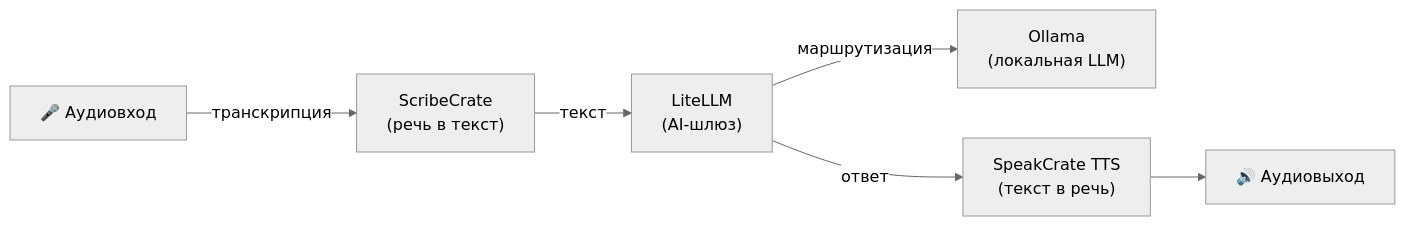
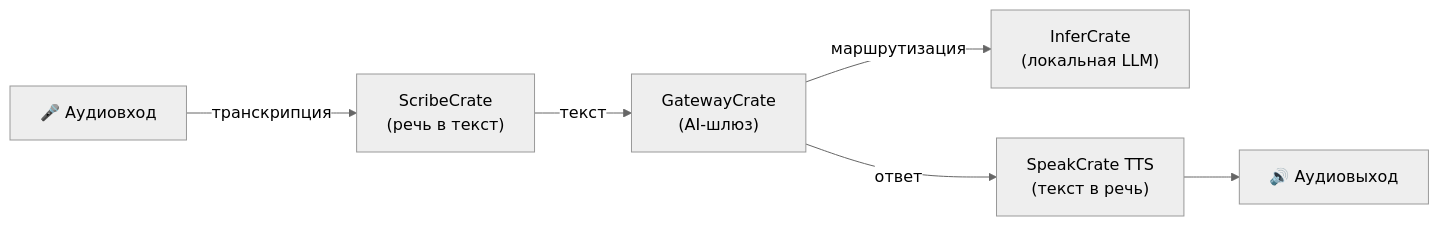
Before and after one commit to hwdsl2/self-hosted-ai-stack: the diagram in stacks/voice-pipeline/README-ru.md, drawn with Mermaid (neutral theme). The commit also changed other lines of this file and 47 other files, not shown here.

````diff
--- a/stacks/voice-pipeline/README-ru.md
+++ b/stacks/voice-pipeline/README-ru.md
@@ -17,8 +17,8 @@
 ```mermaid
 graph LR
     A["🎤 Аудиовход"] -->|транскрипция| W["ScribeCrate<br/>(речь в текст)"]
-    W -->|текст| L["LiteLLM<br/>(AI-шлюз)"]
-    L -->|маршрутизация| O["Ollama<br/>(локальная LLM)"]
+    W -->|текст| L["GatewayCrate<br/>(AI-шлюз)"]
+    L -->|маршрутизация| O["InferCrate<br/>(локальная LLM)"]
     L -->|ответ| T["SpeakCrate TTS<br/>(текст в речь)"]
     T --> B["🔊 Аудиовыход"]
 ```
````
